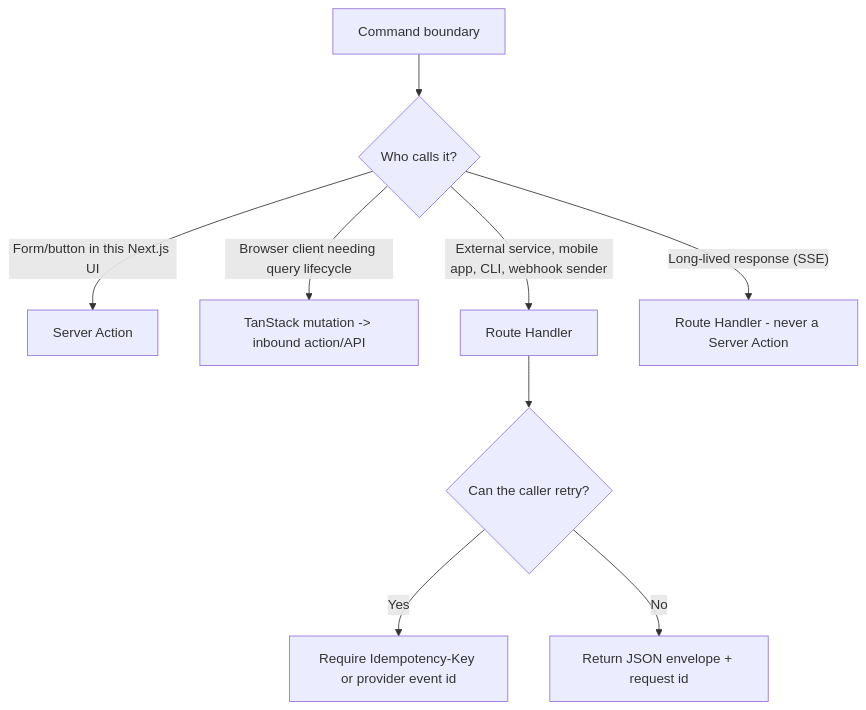
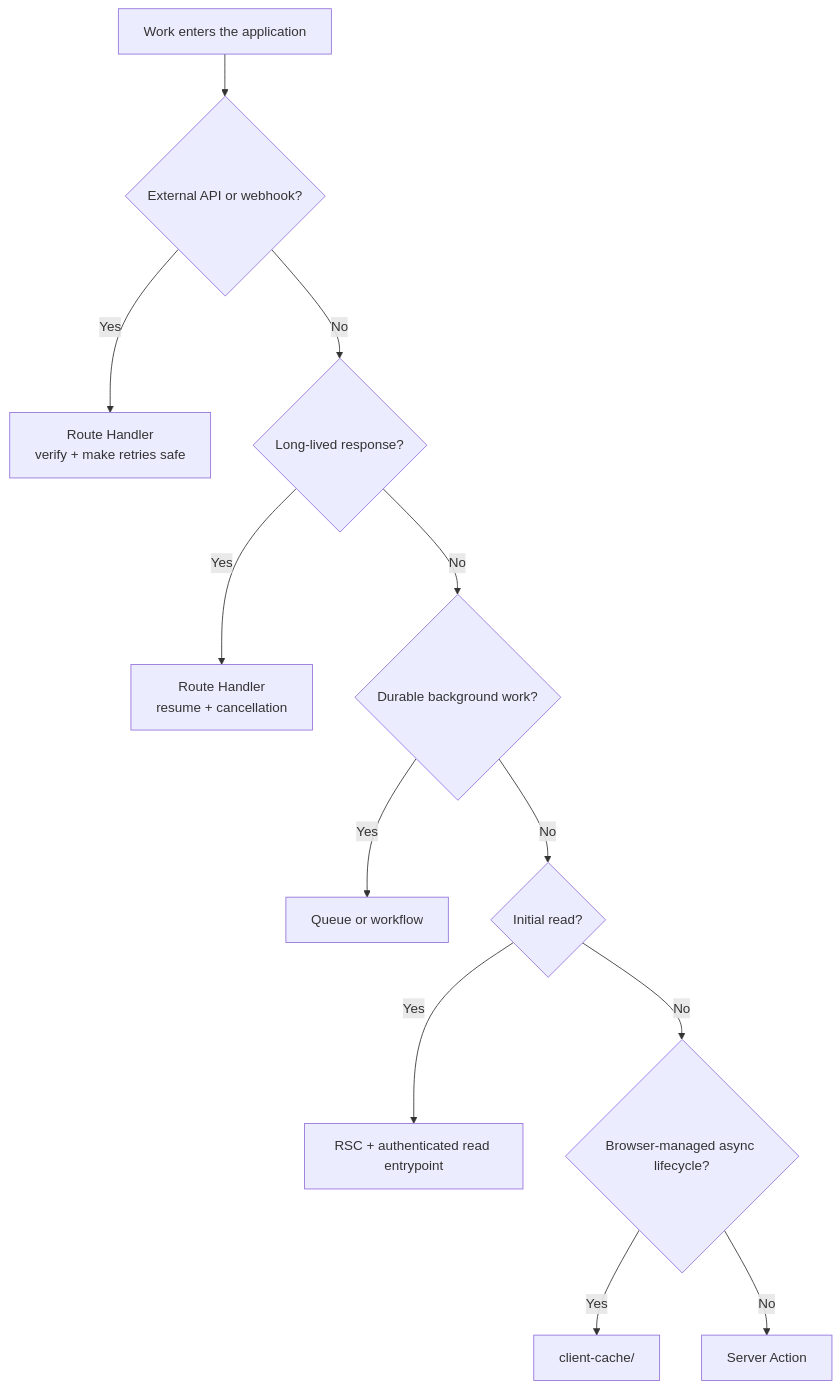
One commit to clicktronix/nextjs-clean-skills changed the fourth of 5 diagrams in docs/agent-decision-maps.md. Above: the diagram before and after it, drawn with Mermaid. The commit also changed other lines of this file and 10 other files, not shown here.

````diff
--- a/docs/agent-decision-maps.md
+++ b/docs/agent-decision-maps.md
@@ -83,11 +67,14 @@
 ```mermaid
-flowchart TD
-  Command["Command boundary"] --> Caller{"Who calls it?"}
-  Caller -->|Form/button in this Next.js UI| Action["Server Action"]
-  Caller -->|Browser client needing query lifecycle| ClientCache["TanStack mutation -> inbound action/API"]
-  Caller -->|External service, mobile app, CLI, webhook sender| Route["Route Handler"]
-  Caller -->|"Long-lived response (SSE)"| Stream["Route Handler - never a Server Action"]
-  Route --> Retry{"Can the caller retry?"}
-  Retry -->|Yes| Idempotency["Require Idempotency-Key or provider event id"]
-  Retry -->|No| Envelope["Return JSON envelope + request id"]
+flowchart TB
+  Need["Work enters the application"] --> External{"External API or webhook?"}
+  External -->|Yes| Route["Route Handler<br/>verify + make retries safe"]
+  External -->|No| Long{"Long-lived response?"}
+  Long -->|Yes| Stream["Route Handler<br/>resume + cancellation"]
+  Long -->|No| Durable{"Durable background work?"}
+  Durable -->|Yes| Job["Queue or workflow"]
+  Durable -->|No| Read{"Initial read?"}
+  Read -->|Yes| RSC["RSC + authenticated read entrypoint"]
+  Read -->|No| Browser{"Browser-managed async lifecycle?"}
+  Browser -->|Yes| Cache["client-cache/"]
+  Browser -->|No| Action["Server Action"]
 ```
````
